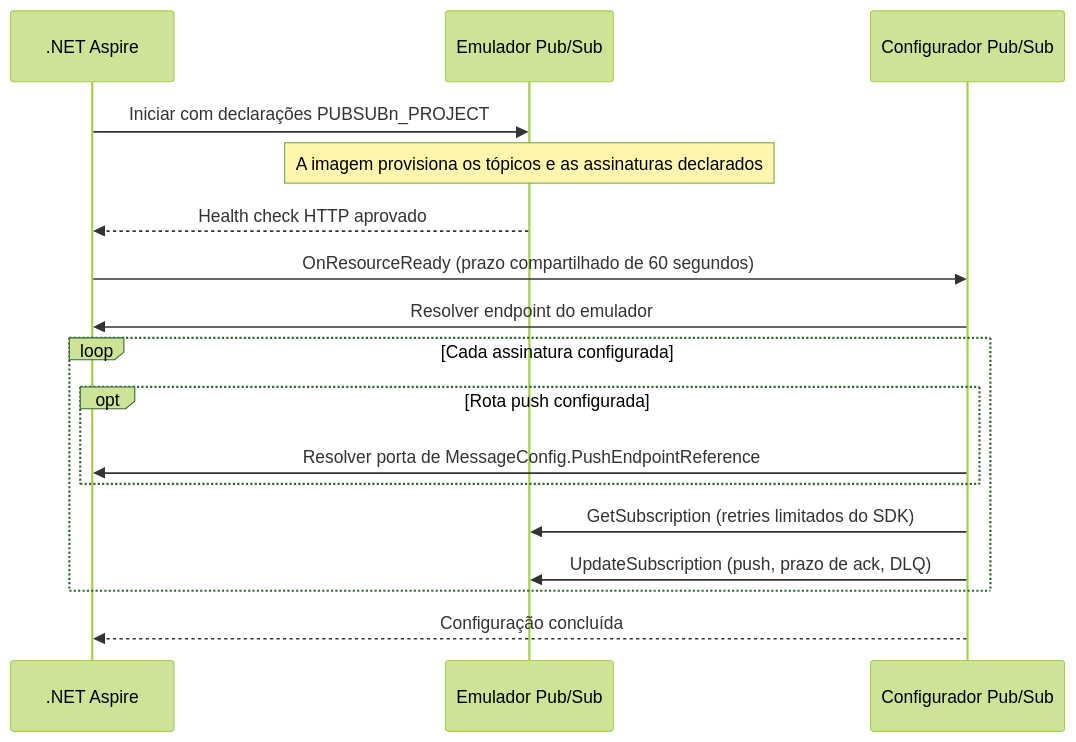
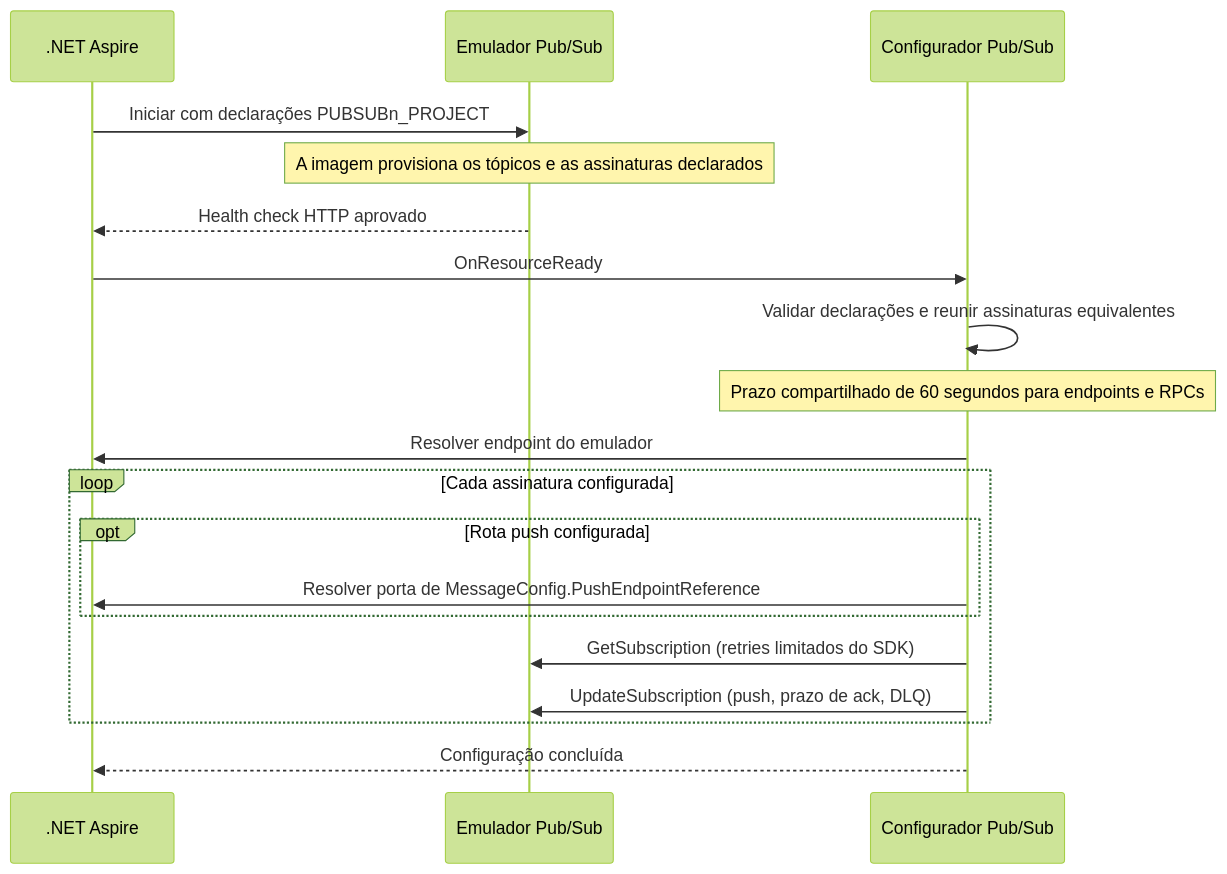
The second of 2 diagrams in src/MVFC.Aspire.Helpers.GcpPubSub/README.pt-BR.md (Marcus-V-Freitas/MVFC.Aspire.Helpers), drawn with Mermaid (forest theme) before and after one commit. The commit also changed other lines of this file and 36 other files, not shown here.

````diff
--- a/src/MVFC.Aspire.Helpers.GcpPubSub/README.pt-BR.md
+++ b/src/MVFC.Aspire.Helpers.GcpPubSub/README.pt-BR.md
@@ -201,20 +203,22 @@
 ```mermaid
 sequenceDiagram
     participant Aspire as .NET Aspire
     participant Container as Emulador Pub/Sub
     participant Configurator as Configurador Pub/Sub
 
     Aspire->>Container: Iniciar com declarações PUBSUBn_PROJECT
     Note over Container: A imagem provisiona os tópicos e as assinaturas declarados
     Container-->>Aspire: Health check HTTP aprovado
-    Aspire->>Configurator: OnResourceReady (prazo compartilhado de 60 segundos)
+    Aspire->>Configurator: OnResourceReady
+    Configurator->>Configurator: Validar declarações e reunir assinaturas equivalentes
+    Note over Configurator: Prazo compartilhado de 60 segundos para endpoints e RPCs
     Configurator->>Aspire: Resolver endpoint do emulador
     loop Cada assinatura configurada
         opt Rota push configurada
             Configurator->>Aspire: Resolver porta de MessageConfig.PushEndpointReference
         end
         Configurator->>Container: GetSubscription (retries limitados do SDK)
         Configurator->>Container: UpdateSubscription (push, prazo de ack, DLQ)
     end
     Configurator-->>Aspire: Configuração concluída
 ```
````
